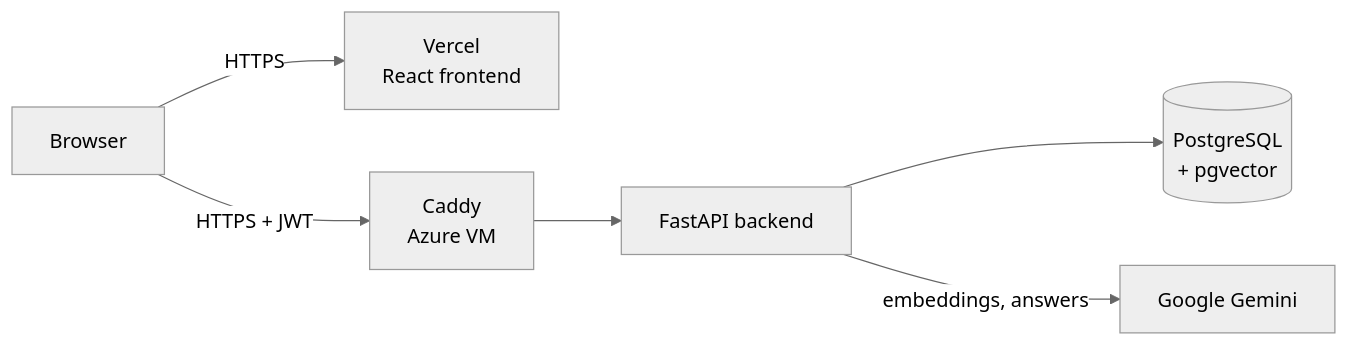
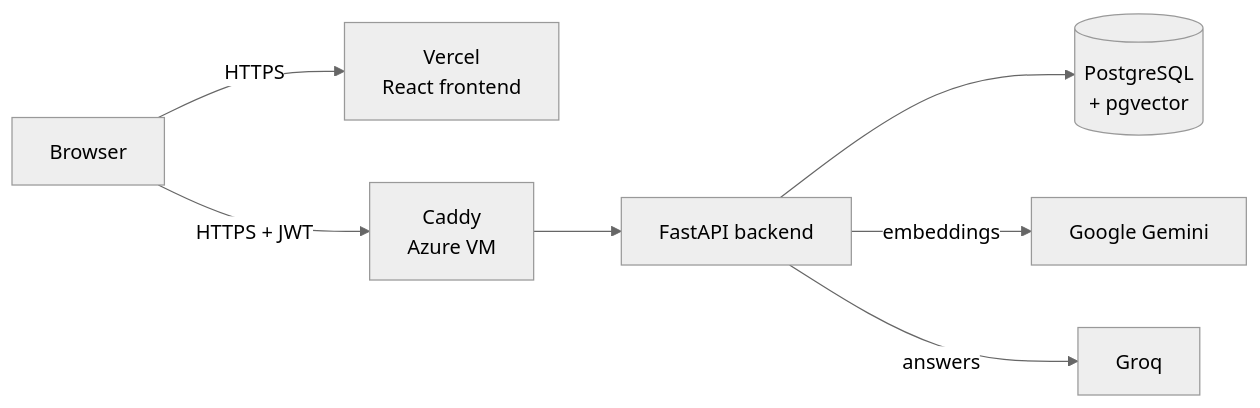
The diagram in README.md (oussama-abid/studymind), drawn with Mermaid (neutral theme) before and after one commit. The commit also changed other lines of this file and 1 other file, not shown here.

````diff
--- a/README.md
+++ b/README.md
@@ -28,8 +36,9 @@
 ```mermaid
 flowchart LR
     U[Browser] -->|HTTPS| V[Vercel<br/>React frontend]
     U -->|HTTPS + JWT| C[Caddy<br/>Azure VM]
     C --> B[FastAPI backend]
     B --> P[(PostgreSQL<br/>+ pgvector)]
-    B -->|embeddings, answers| G[Google Gemini]
+    B -->|embeddings| G[Google Gemini]
+    B -->|answers| Q[Groq]
 ```
````
